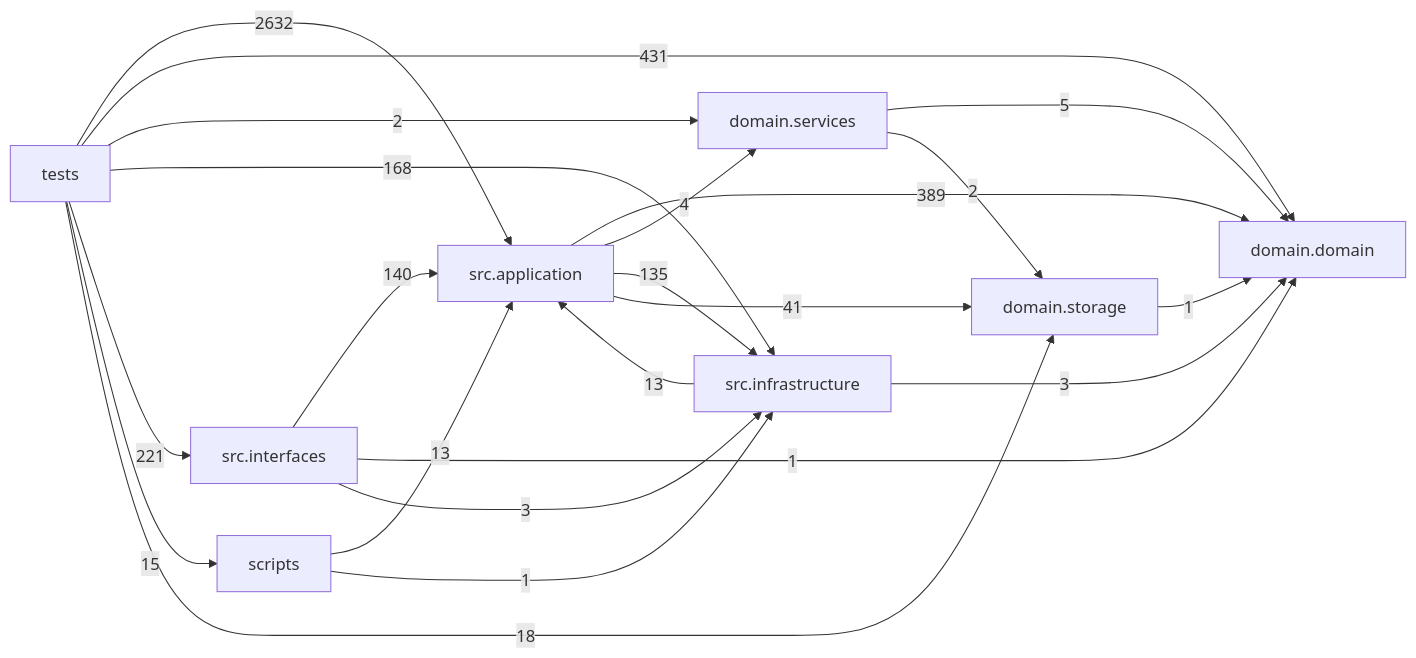
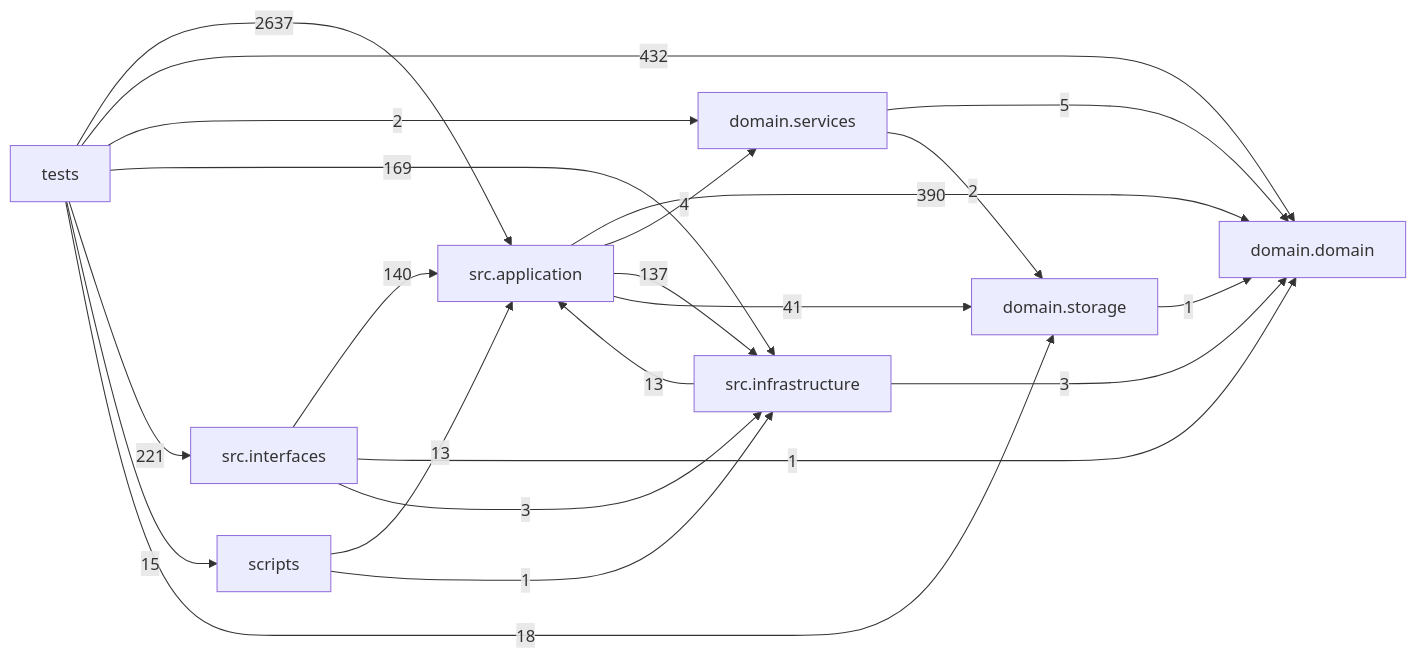
Before and after one commit to liuxie066/options-monitor: the diagram in docs/DEPENDENCY_GRAPH.md, drawn with Mermaid. The commit also changed other lines of this file and 13 other files, not shown here.

````diff
--- a/docs/DEPENDENCY_GRAPH.md
+++ b/docs/DEPENDENCY_GRAPH.md
@@ -24,32 +24,32 @@
 ```mermaid
 flowchart LR
   tests["tests"]
   scripts["scripts"]
   interfaces["src.interfaces"]
   application["src.application"]
   infrastructure["src.infrastructure"]
   domain_services["domain.services"]
   domain["domain.domain"]
   storage["domain.storage"]
-  application -->|389| domain
+  application -->|390| domain
   application -->|4| domain_services
-  application -->|135| infrastructure
+  application -->|137| infrastructure
   application -->|41| storage
   domain_services -->|5| domain
   domain_services -->|2| storage
   infrastructure -->|13| application
   infrastructure -->|3| domain
   interfaces -->|140| application
   interfaces -->|1| domain
   interfaces -->|3| infrastructure
   scripts -->|13| application
   scripts -->|1| infrastructure
   storage -->|1| domain
-  tests -->|2632| application
-  tests -->|431| domain
+  tests -->|2637| application
+  tests -->|432| domain
   tests -->|2| domain_services
-  tests -->|168| infrastructure
+  tests -->|169| infrastructure
   tests -->|221| interfaces
   tests -->|15| scripts
   tests -->|18| storage
 ```
````
